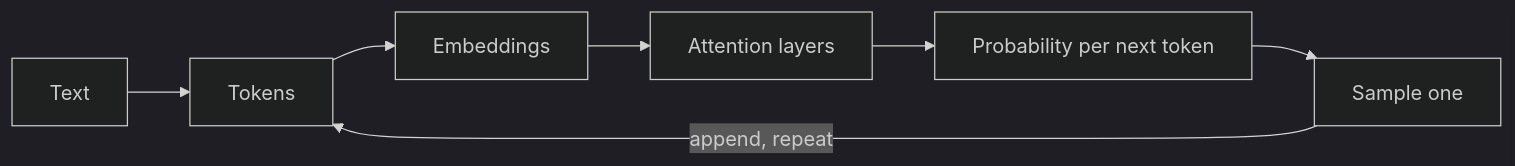
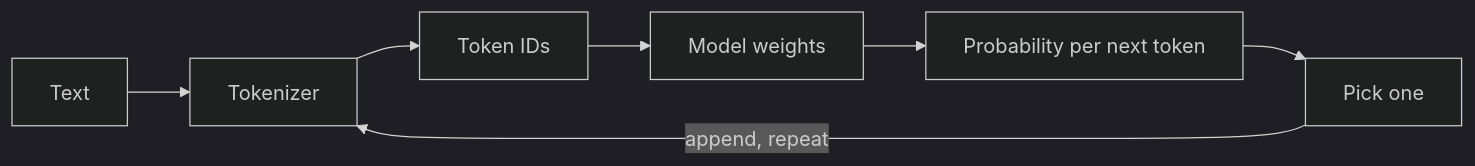
One commit to Shettysai/prepperly-content changed the diagram in phases/12-ai-engineering/llm-fundamentals.md. Above: the diagram before and after it, drawn with Mermaid (dark theme). The commit also changed other lines of this file and 56 other files, not shown here.

````diff
--- a/phases/12-ai-engineering/llm-fundamentals.md
+++ b/phases/12-ai-engineering/llm-fundamentals.md
@@ -50,9 +43,9 @@
 ```mermaid
 flowchart LR
-  T["Text"] --> TOK["Tokens"]
-  TOK --> E["Embeddings"]
-  E --> A["Attention layers"]
-  A --> P["Probability per next token"]
-  P --> S["Sample one"]
+  T["Text"] --> TOK["Tokenizer"]
+  TOK --> ID["Token IDs"]
+  ID --> M["Model weights"]
+  M --> P["Probability per next token"]
+  P --> S["Pick one"]
   S -->|"append, repeat"| TOK
 ```
````
